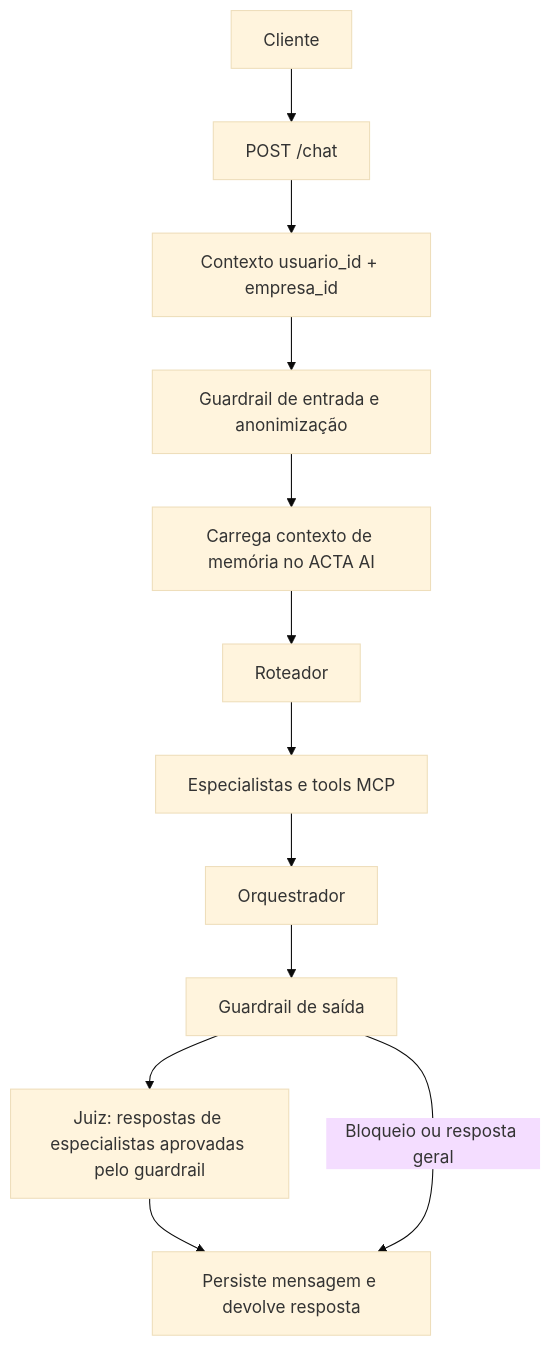
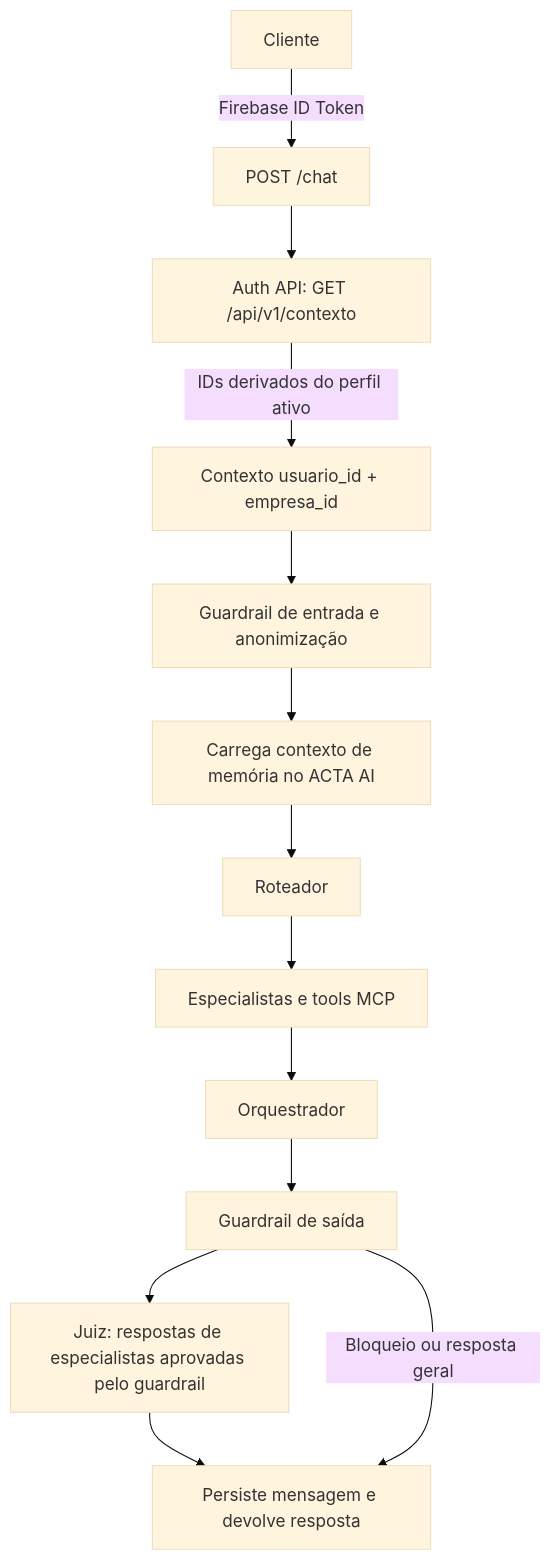
The diagram in docs/arquitetura.md (AppActa/acta-ai), drawn with Mermaid (base theme) before and after one commit. The commit also changed other lines of this file and 11 other files, not shown here.

Commit message:
feat: adiciona autenticação por Firebase ao acta-ai

````diff
--- a/docs/arquitetura.md
+++ b/docs/arquitetura.md
@@ -22,14 +22,15 @@
 ```mermaid
 flowchart TD
-    A[Cliente] --> B[POST /chat]
-    B --> C[Contexto usuario_id + empresa_id]
-    C --> D[Guardrail de entrada e anonimização]
-    D --> E[Carrega contexto de memória no ACTA AI]
-    E --> F[Roteador]
-    F --> G[Especialistas e tools MCP]
-    G --> H[Orquestrador]
-    H --> I[Guardrail de saída]
-    I --> J[Juiz: respostas de especialistas aprovadas pelo guardrail]
-    J --> K[Persiste mensagem e devolve resposta]
-    I -->|Bloqueio ou resposta geral| K
+    A[Cliente] -->|Firebase ID Token| B[POST /chat]
+    B --> C[Auth API: GET /api/v1/contexto]
+    C -->|IDs derivados do perfil ativo| D[Contexto usuario_id + empresa_id]
+    D --> E[Guardrail de entrada e anonimização]
+    E --> F[Carrega contexto de memória no ACTA AI]
+    F --> G[Roteador]
+    G --> H[Especialistas e tools MCP]
+    H --> I[Orquestrador]
+    I --> J[Guardrail de saída]
+    J --> K[Juiz: respostas de especialistas aprovadas pelo guardrail]
+    K --> L[Persiste mensagem e devolve resposta]
+    J -->|Bloqueio ou resposta geral| L
 ```
````
